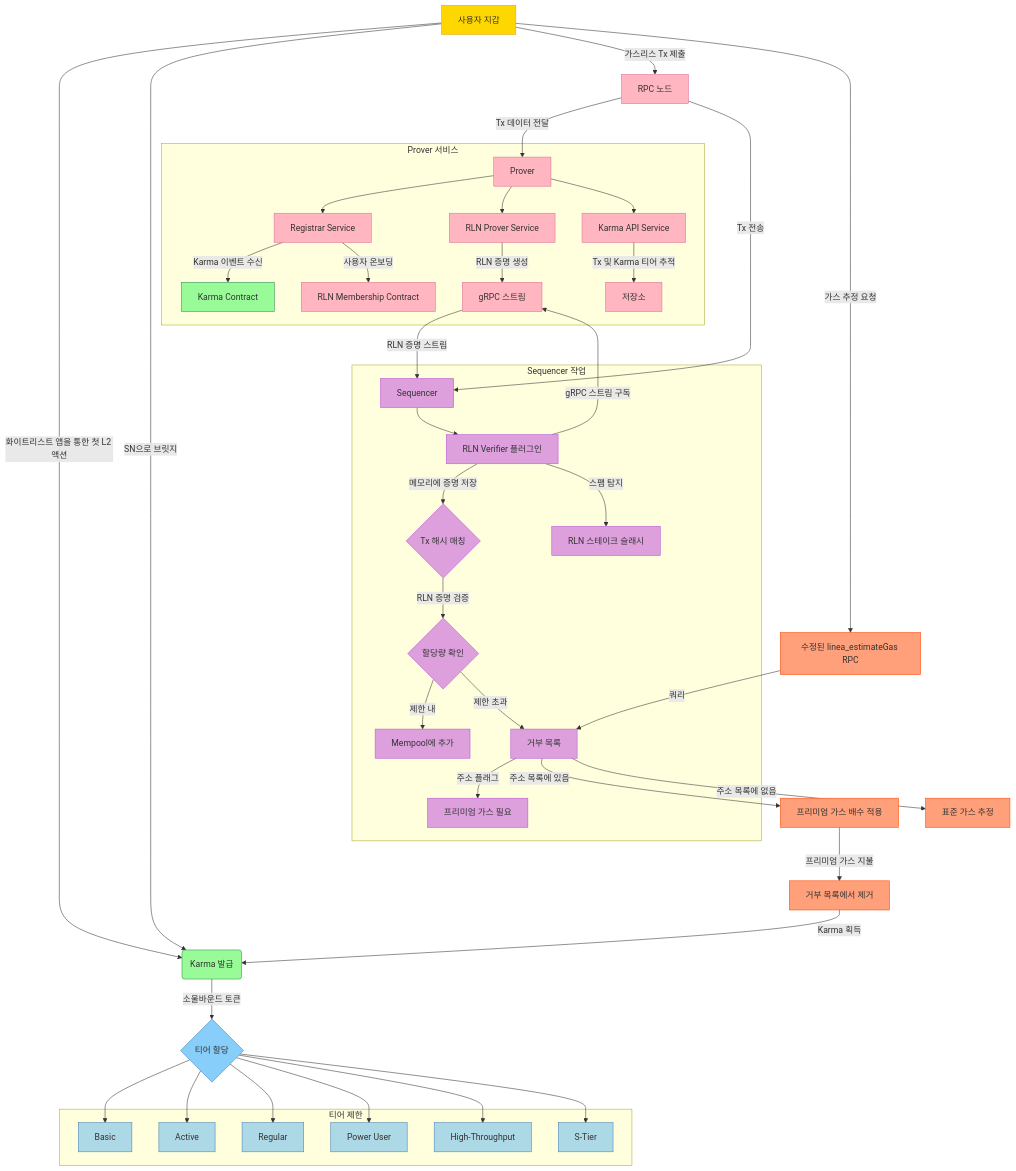
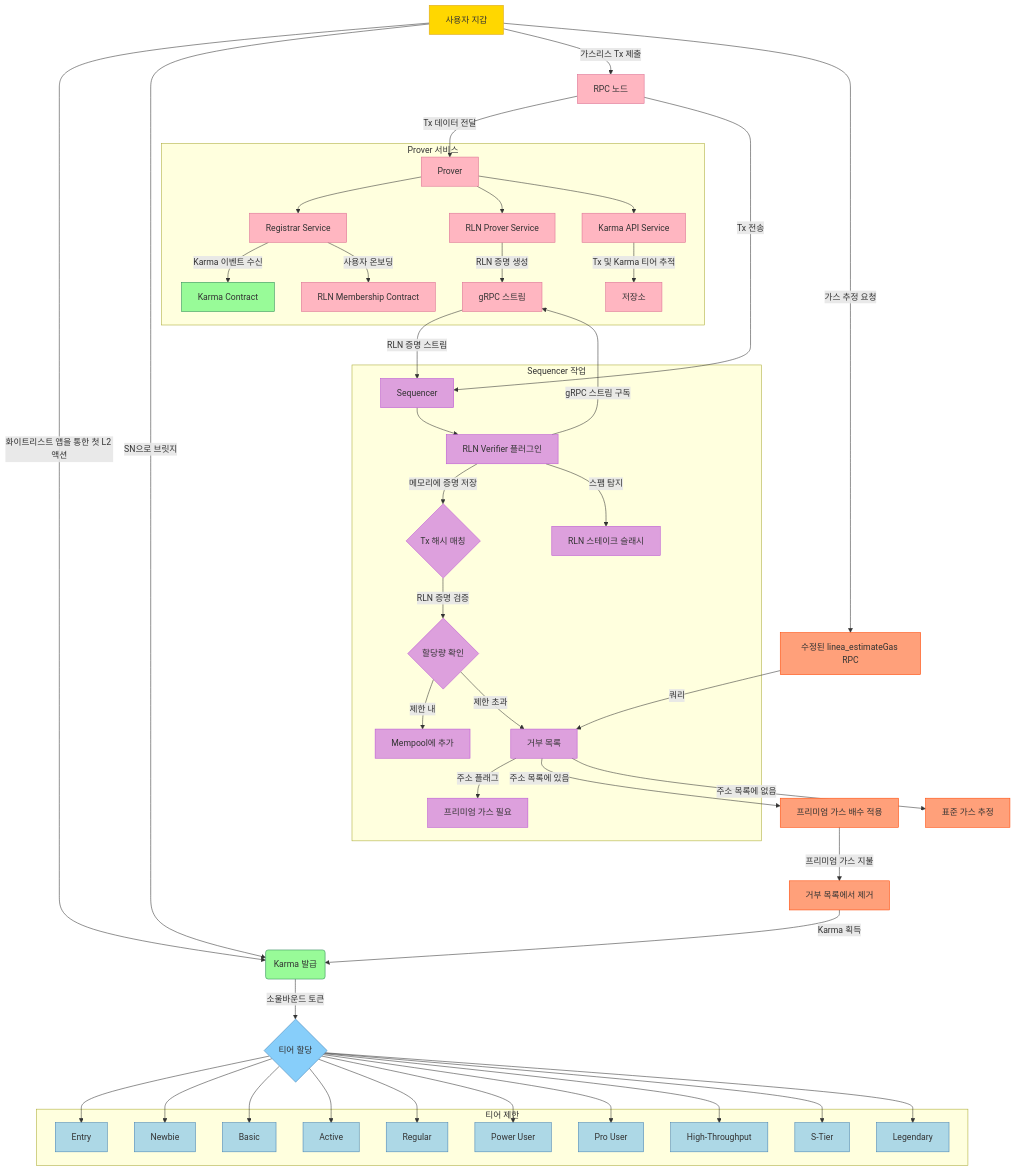
One commit to status-im/docs.status.network changed the diagram in i18n/ko/docusaurus-plugin-content-docs/current/overview/general-info/gasless-transactions.md. Above: the diagram before and after it, drawn with Mermaid. The commit also changed other lines of this file and 3 other files, not shown here.

````diff
--- a/i18n/ko/docusaurus-plugin-content-docs/current/overview/general-info/gasless-transactions.md
+++ b/i18n/ko/docusaurus-plugin-content-docs/current/overview/general-info/gasless-transactions.md
@@ -30,74 +32,82 @@
 ```mermaid
 graph TD
     A[사용자 지갑] -->|화이트리스트 앱을 통한 첫 L2 액션| B(Karma 발급)
     A -->|SN으로 브릿지| B
     B -->|소울바운드 토큰| C{티어 할당}
 
     subgraph "티어 제한"
-        D[Basic]
-        E[Active]
-        F[Regular]
-        G[Power User]
-        H[High-Throughput]
-        I[S-Tier]
+        T1[Entry]
+        T2[Newbie]
+        T3[Basic]
+        T4[Active]
+        T5[Regular]
+        T6[Power User]
+        T7[Pro User]
+        T8[High-Throughput]
+        T9[S-Tier]
+        T10[Legendary]
     end
 
-    C --> D
-    C --> E
-    C --> F
-    C --> G
-    C --> H
-    C --> I
+    C --> T1
+    C --> T2
+    C --> T3
+    C --> T4
+    C --> T5
+    C --> T6
+    C --> T7
+    C --> T8
+    C --> T9
+    C --> T10
 
     %% RLN 플로우
     A -->|가스리스 Tx 제출| J[RPC 노드]
     J -->|Tx 데이터 전달| K[Prover]
     subgraph "Prover 서비스"
         K --> K1[Registrar Service]
         K --> K2[RLN Prover Service]
         K --> K3[Karma API Service]
         K1 -->|Karma 이벤트 수신| L[Karma Contract]
         K1 -->|사용자 온보딩| M[RLN Membership Contract]
         K2 -->|RLN 증명 생성| N[gRPC 스트림]
         K3 -->|Tx 및 Karma 티어 추적| O[저장소]
     end
     J -->|Tx 전송| P[Sequencer]
     N -->|RLN 증명 스트림| P
 
     %% Sequencer 섹션
     subgraph "Sequencer 작업"
         P --> Q[RLN Verifier 플러그인]
         Q -->|gRPC 스트림 구독| N
         Q -->|메모리에 증명 저장| R{Tx 해시 매칭}
         R -->|RLN 증명 검증| S{할당량 확인}
         S -->|제한 내| T[Mempool에 추가]
         S -->|제한 초과| U[거부 목록]
         U -->|주소 플래그| V[프리미엄 가스 필요]
         Q -->|스팸 탐지| W[RLN 스테이크 슬래시]
     end
 
     %% 가스 추정 플로우
     A -->|가스 추정 요청| X[수정된 linea_estimateGas RPC]
     X -->|쿼리| U
     U -->|주소 목록에 있음| Y[프리미엄 가스 배수 적용]
     Y -->|프리미엄 가스 지불| Z[거부 목록에서 제거]
     Z -->|Karma 획득| B
     U -->|주소 목록에 없음| AA[표준 가스 추정]
 
     %% 스타일링
     classDef wallet fill:#FFD700,stroke:#DAA520,color:#333
     classDef karma fill:#98FB98,stroke:#2E8B57,color:#333
     classDef tier fill:#87CEFA,stroke:#4682B4,color:#333
     classDef tierNode fill:#ADD8E6,stroke:#4682B4,color:#333
     classDef rln fill:#FFB6C1,stroke:#DB7093,color:#333
     classDef sequencer fill:#DDA0DD,stroke:#BA55D3,color:#333
     classDef gas fill:#FFA07A,stroke:#FF4500,color:#333
 
     class A wallet
     class B,L karma
     class C tier
-    class D,E,F,G,H,I tierNode
+    class T1,T2,T3,T4,T5,T6,T7,T8,T9,T10 tierNode
     class J,K,K1,K2,K3,M,N,O rln
     class P,Q,R,S,T,U,V,W sequencer
     class X,Y,Z,AA gas
 ```
````
